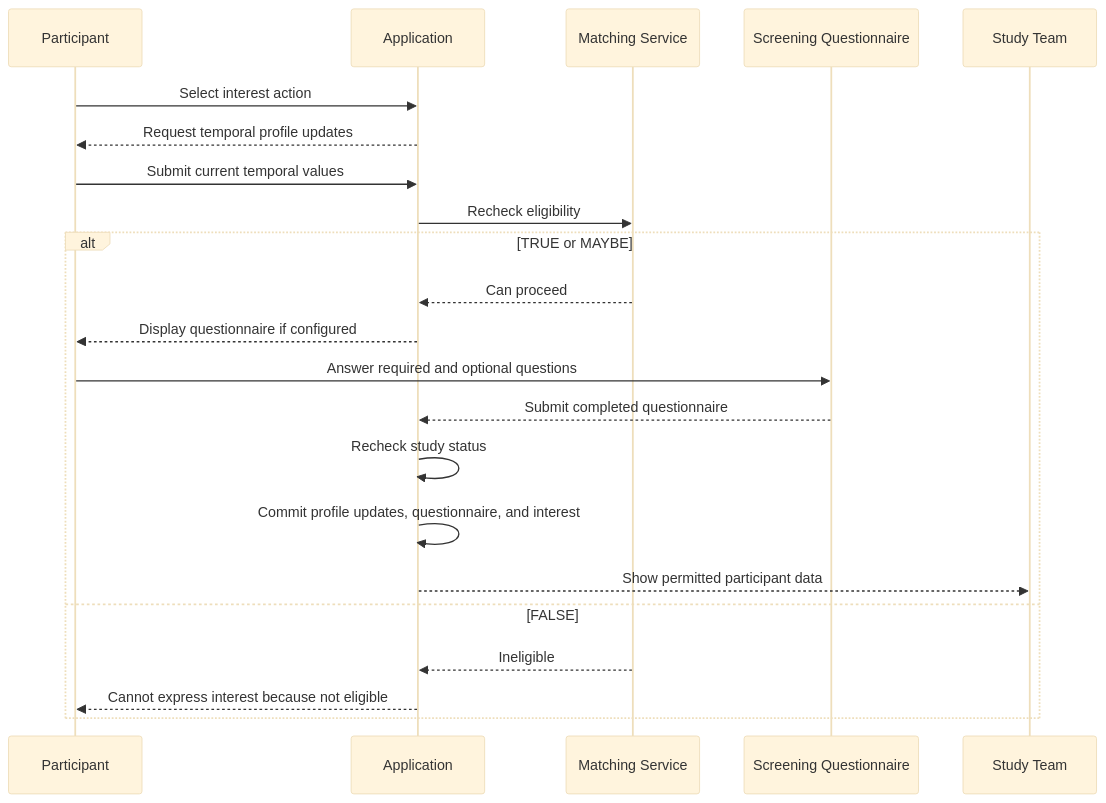
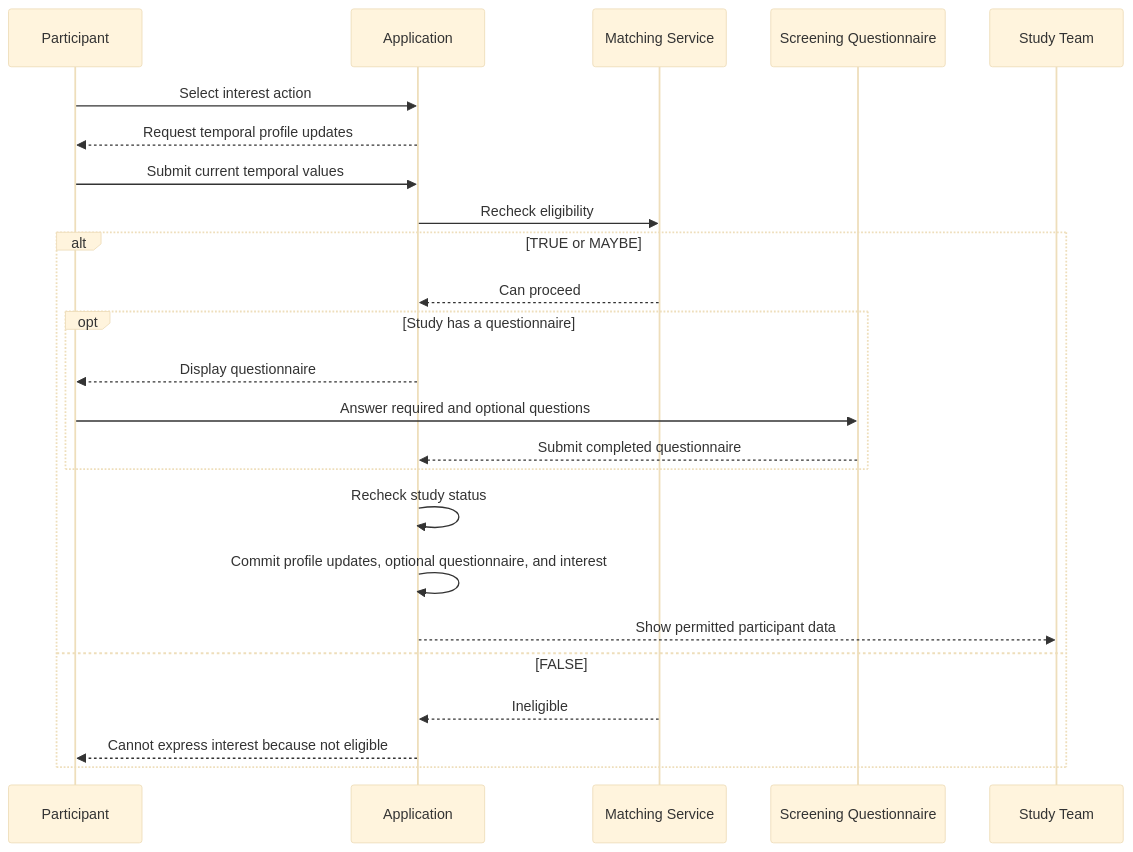
Before and after one commit to umich-michr/yhr-context: the diagram in docs/06-recruitment/expressions-of-interest.md, drawn with Mermaid (base theme). The commit also changed other lines of this file and 59 other files, not shown here.

````diff
--- a/docs/06-recruitment/expressions-of-interest.md
+++ b/docs/06-recruitment/expressions-of-interest.md
@@ -67,26 +66,30 @@
 ```mermaid
 sequenceDiagram
     participant P as Participant
     participant A as Application
     participant M as Matching Service
     participant Q as Screening Questionnaire
     participant ST as Study Team
 
     P->>A: Select interest action
     A-->>P: Request temporal profile updates
     P->>A: Submit current temporal values
     A->>M: Recheck eligibility
 
     alt TRUE or MAYBE
         M-->>A: Can proceed
-        A-->>P: Display questionnaire if configured
-        P->>Q: Answer required and optional questions
-        Q-->>A: Submit completed questionnaire
+
+        opt Study has a questionnaire
+            A-->>P: Display questionnaire
+            P->>Q: Answer required and optional questions
+            Q-->>A: Submit completed questionnaire
+        end
+
         A->>A: Recheck study status
-        A->>A: Commit profile updates, questionnaire, and interest
+        A->>A: Commit profile updates, optional questionnaire, and interest
         A-->>ST: Show permitted participant data
     else FALSE
         M-->>A: Ineligible
         A-->>P: Cannot express interest because not eligible
     end
 ```
````
